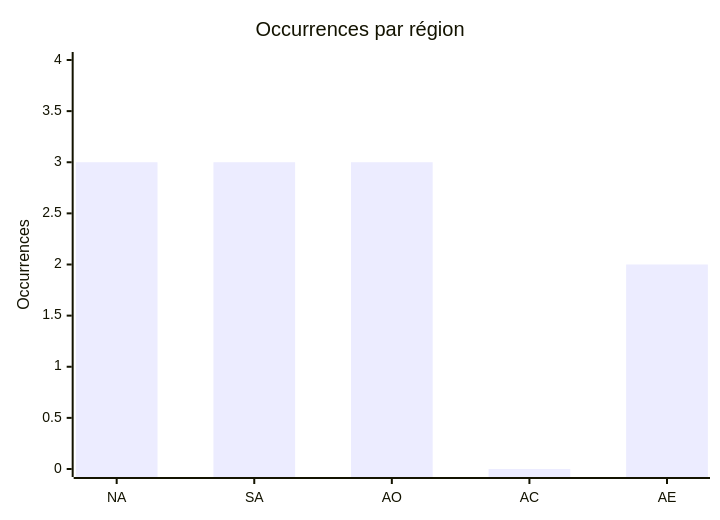
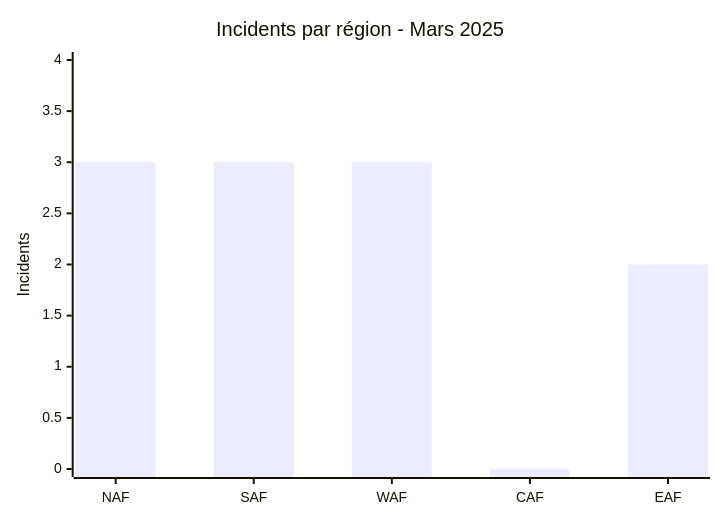
The fourth of 7 diagrams in CyberAttackAfrica/2025/03-march/README_FR.md (Hatchepsoute/AFRINTEL), drawn with Mermaid before and after one commit. The commit also changed other lines of this file and 7 other files, not shown here.

````diff
--- a/CyberAttackAfrica/2025/03-march/README_FR.md
+++ b/CyberAttackAfrica/2025/03-march/README_FR.md
@@ -132,7 +121,7 @@
 ```mermaid
-xychart
-    title "Occurrences par région"
-    x-axis ["NA","SA","AO","AC","AE"]
-    y-axis "Occurrences" 0 --> 4
-    bar [3,3,3,0,2]
+xychart-beta
+    title "Incidents par région - Mars 2025"
+    x-axis ["NAF", "SAF", "WAF", "CAF", "EAF"]
+    y-axis "Incidents" 0 --> 4
+    bar [3, 3, 3, 0, 2]
 ```
````
